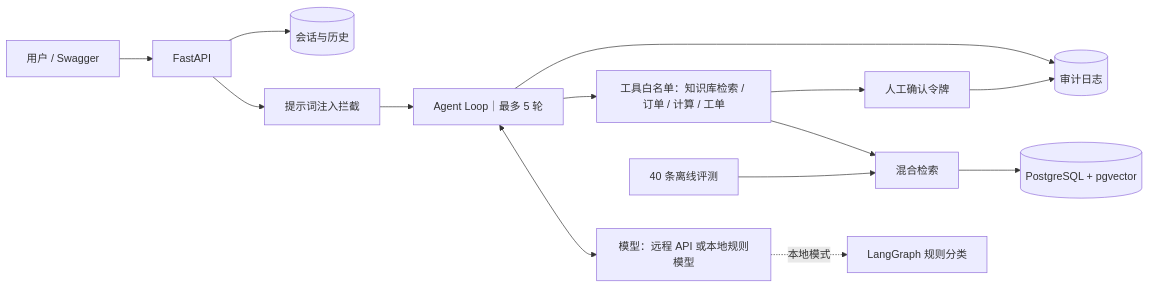
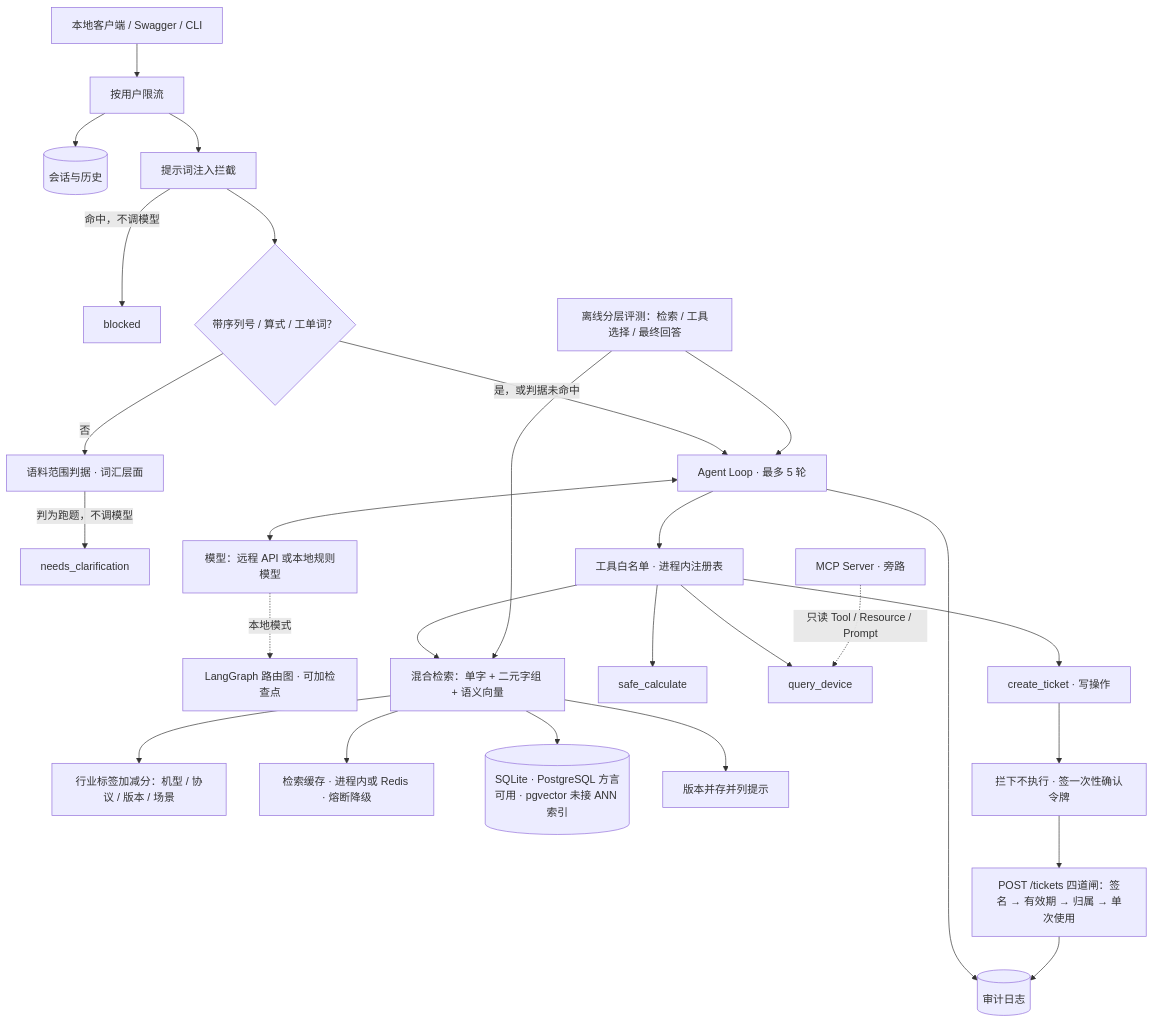
Before and after one commit to Garcia-rgb/agent-ai-8week: the first of 2 diagrams in README.md, drawn with Mermaid. The commit also changed other lines of this file and 92 other files, not shown here.

````diff
--- a/README.md
+++ b/README.md
@@ -71,16 +252,29 @@
 ```mermaid
-flowchart LR
-    U[用户 / Swagger] --> API[FastAPI]
-    API --> SAFE[提示词注入拦截]
-    SAFE --> LOOP[Agent Loop｜最多 5 轮]
+flowchart TB
+    U[本地客户端 / Swagger / CLI] --> RL[按用户限流]
+    RL --> SESSION[(会话与历史)]
+    RL --> SAFE[提示词注入拦截]
+    SAFE -->|命中，不调模型| BLOCKED[blocked]
+    SAFE --> ANCHOR{带序列号 / 算式 / 工单词？}
+    ANCHOR -->|否| GATE[语料范围判据 · 词汇层面]
+    GATE -->|判为跑题，不调模型| CLARIFY[needs_clarification]
+    ANCHOR -->|是，或判据未命中| LOOP[Agent Loop · 最多 5 轮]
     LOOP <--> MODEL[模型：远程 API 或本地规则模型]
-    MODEL -. 本地模式 .-> GRAPH[LangGraph 规则分类]
-    LOOP --> TOOLS[工具白名单：知识库检索 / 订单 / 计算 / 工单]
-    TOOLS --> RAG[混合检索]
-    RAG --> PG[(PostgreSQL + pgvector)]
-    TOOLS --> CONFIRM[人工确认令牌]
-    CONFIRM --> AUDIT[(审计日志)]
-    LOOP --> AUDIT
-    API --> SESSION[(会话与历史)]
-    EVAL[40 条离线评测] --> RAG
+    MODEL -. 本地模式 .-> GRAPH[LangGraph 路由图 · 可加检查点]
+    LOOP --> TOOLS[工具白名单 · 进程内注册表]
+    TOOLS --> RAG[混合检索：单字 + 二元字组 + 语义向量]
+    TOOLS --> CALC[safe_calculate]
+    TOOLS --> DEVICE[query_device]
+    TOOLS --> TICKET[create_ticket · 写操作]
+    RAG --> META[行业标签加减分：机型 / 协议 / 版本 / 场景]
+    RAG --> CACHE[检索缓存 · 进程内或 Redis · 熔断降级]
+    RAG --> DB[(SQLite · PostgreSQL 方言可用 · pgvector 未接 ANN 索引)]
+    RAG --> CONFLICT[版本并存并列提示]
+    TICKET --> CONFIRM[拦下不执行 · 签一次性确认令牌]
+    CONFIRM --> TICKETS[POST /tickets 四道闸：签名 → 有效期 → 归属 → 单次使用]
+    LOOP --> AUDIT[(审计日志)]
+    TICKETS --> AUDIT
+    EVAL[离线分层评测：检索 / 工具选择 / 最终回答] --> RAG
+    EVAL --> LOOP
+    MCP[MCP Server · 旁路] -. 只读 Tool / Resource / Prompt .-> DEVICE
 ```
````
